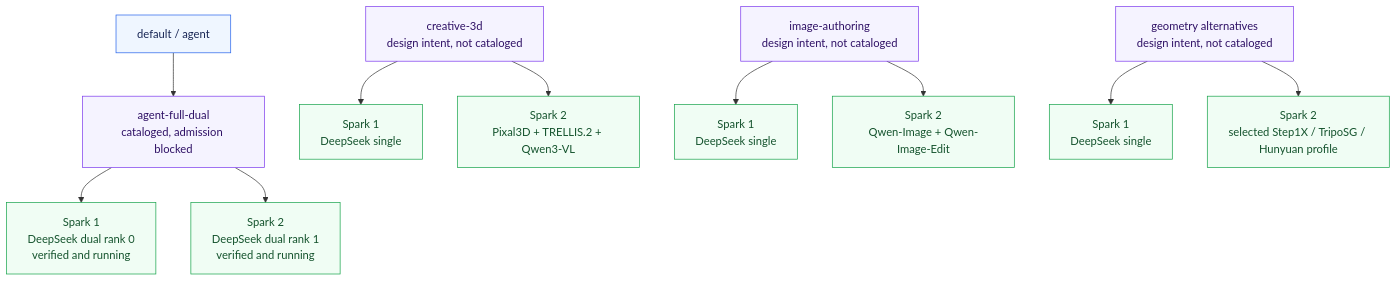
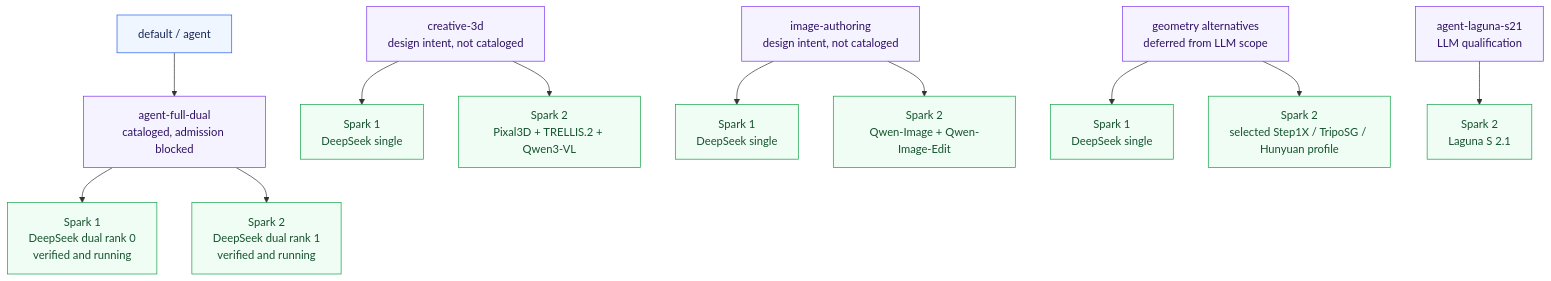
One commit to CarstVaartjes/DGX-Forge changed the second of 3 diagrams in docs/model-profile-overview.md. Above: the diagram before and after it, drawn with Mermaid. The commit also changed other lines of this file and 13 other files, not shown here.

Commit message:
scope llm qualification and catalog laguna

````diff
--- a/docs/model-profile-overview.md
+++ b/docs/model-profile-overview.md
@@ -45,22 +45,23 @@
 ```mermaid
 flowchart TB
     default[default / agent] --> full[agent-full-dual<br/>cataloged, admission blocked]
     full --> full1[Spark 1<br/>DeepSeek dual rank 0<br/>verified and running]
     full --> full2[Spark 2<br/>DeepSeek dual rank 1<br/>verified and running]
 
     creative[creative-3d<br/>design intent, not cataloged] --> creative1[Spark 1<br/>DeepSeek single]
     creative --> creative2[Spark 2<br/>Pixal3D + TRELLIS.2 + Qwen3-VL]
 
     image[image-authoring<br/>design intent, not cataloged] --> image1[Spark 1<br/>DeepSeek single]
     image --> image2[Spark 2<br/>Qwen-Image + Qwen-Image-Edit]
 
-    geometry[geometry alternatives<br/>design intent, not cataloged] --> geometry1[Spark 1<br/>DeepSeek single]
+    geometry[geometry alternatives<br/>deferred from LLM scope] --> geometry1[Spark 1<br/>DeepSeek single]
     geometry --> geometry2[Spark 2<br/>selected Step1X / TripoSG / Hunyuan profile]
+    laguna[agent-laguna-s21<br/>LLM qualification] --> laguna1[Spark 2<br/>Laguna S 2.1]
 
     classDef selector fill:#eff6ff,stroke:#2563eb,color:#172554;
     classDef profile fill:#f5f3ff,stroke:#7c3aed,color:#2e1065;
     classDef compute fill:#f0fdf4,stroke:#16a34a,color:#14532d;
     class default selector;
-    class full,creative,image,geometry profile;
-    class full1,full2,creative1,creative2,image1,image2,geometry1,geometry2 compute;
+    class full,creative,image,geometry,laguna profile;
+    class full1,full2,creative1,creative2,image1,image2,geometry1,geometry2,laguna1 compute;
 ```
````
